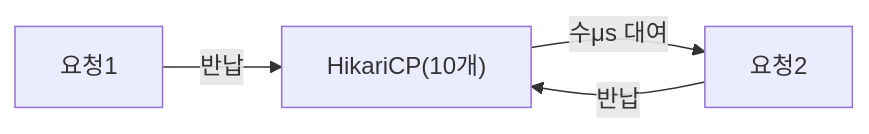
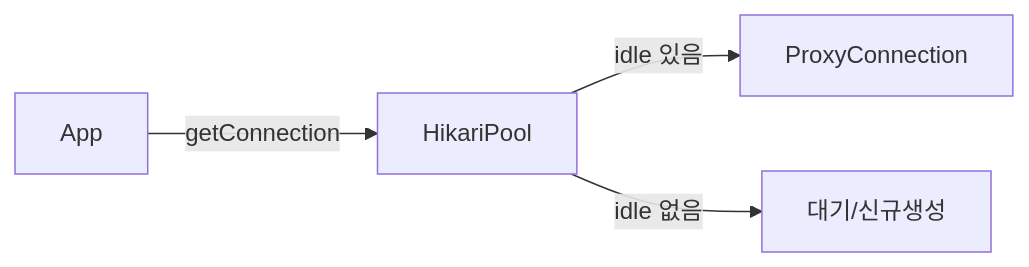
The second of 8 diagrams in _posts/spring/2026-05-02-spring-db-1.md (yjkim2015/yjkim2015.github.io), drawn with Mermaid before and after one commit. The commit also changed other lines of this file and 4 other files, not shown here.

````diff
--- a/_posts/spring/2026-05-02-spring-db-1.md
+++ b/_posts/spring/2026-05-02-spring-db-1.md
@@ -125,6 +179,6 @@
 ```mermaid
 graph LR
-    POOL["HikariCP(10개)"] -->|"수μs 대여"| R2["요청2"]
-    R1["요청1"] -->|"반납"| POOL
-    R2 -->|"반납"| POOL
+    APP["App"] -->|getConnection| POOL["HikariPool"]
+    POOL -->|"idle 있음"| PROXY["ProxyConnection"]
+    POOL -->|"idle 없음"| WAIT["대기/신규생성"]
 ```
````
